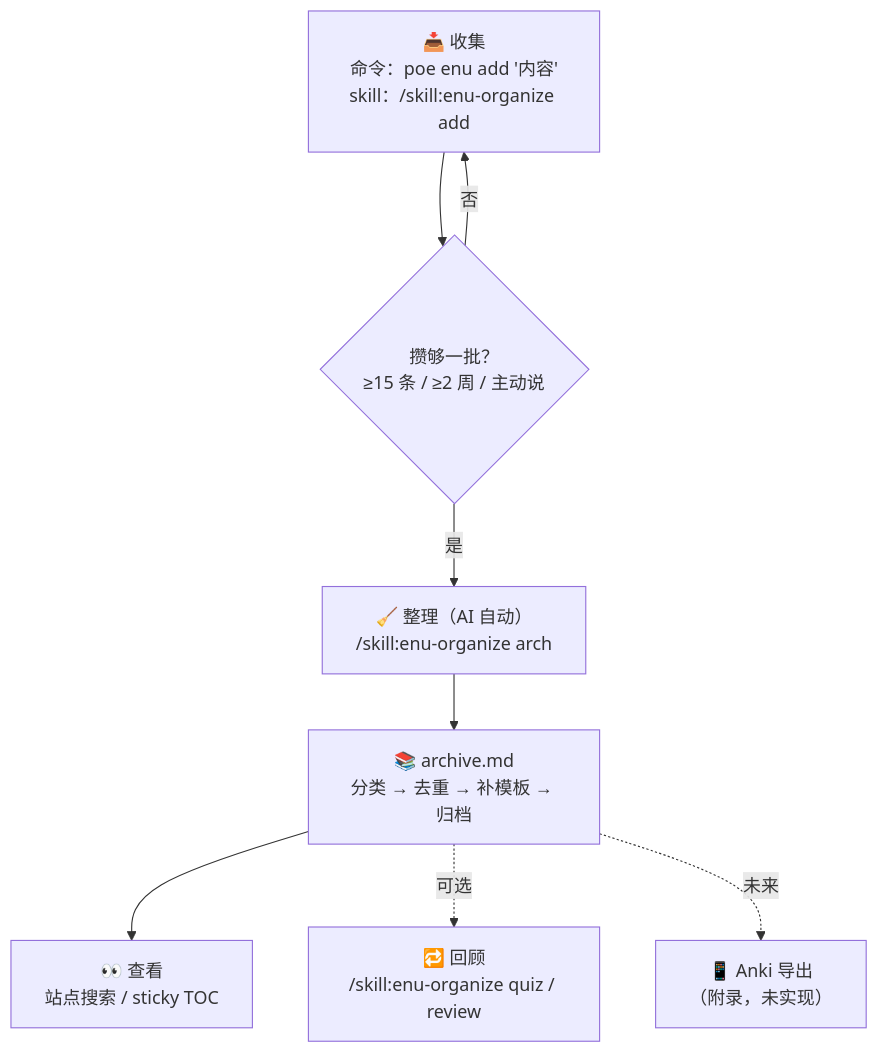
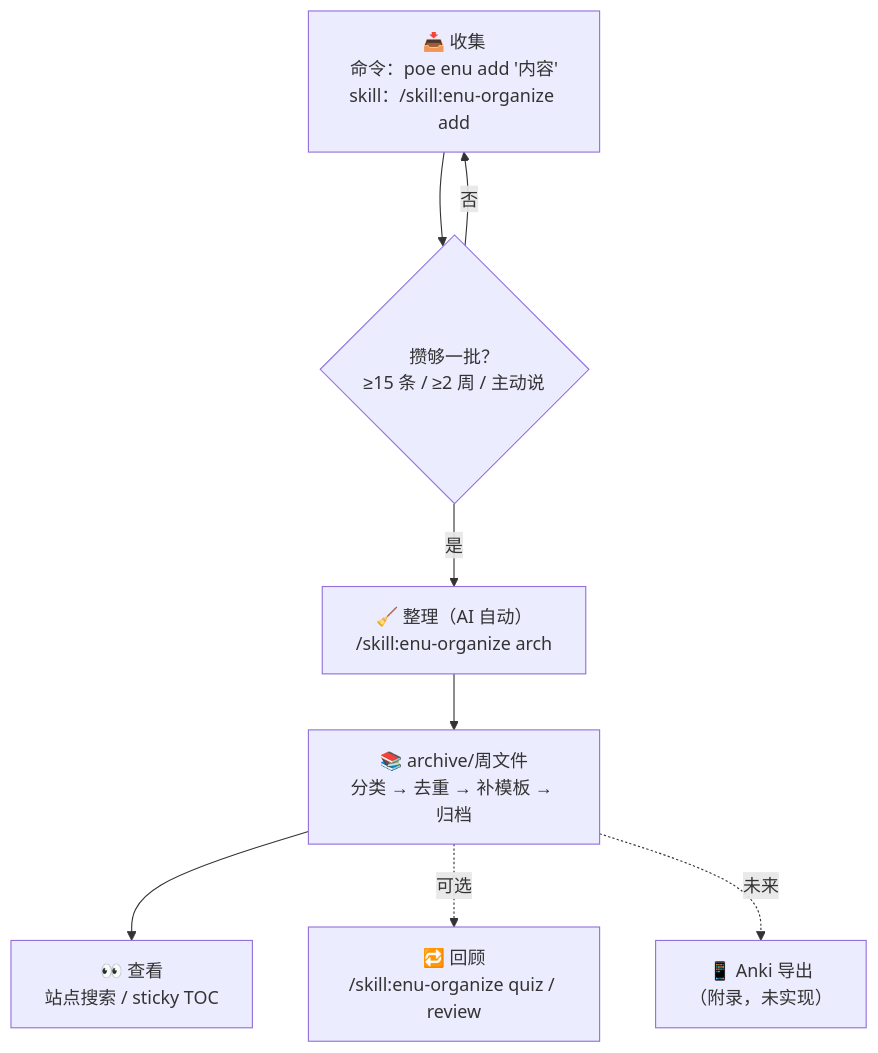
Before and after one commit to xiongjia/xiongjia.github.com: the diagram in docs/notes/research/topics/english/scraps/index.md, drawn with Mermaid. The commit also changed other lines of this file and 5 other files, not shown here.

````diff
--- a/docs/notes/research/topics/english/scraps/index.md
+++ b/docs/notes/research/topics/english/scraps/index.md
@@ -20,10 +20,10 @@
 ```mermaid
 flowchart TD
     A["📥 收集<br/>命令：poe enu add '内容'<br/>skill：/skill:enu-organize add"] --> B{"攒够一批？<br/>≥15 条 / ≥2 周 / 主动说"}
     B -- 否 --> A
     B -- 是 --> C["🧹 整理（AI 自动）<br/>/skill:enu-organize arch"]
-    C --> D["📚 archive.md<br/>分类 → 去重 → 补模板 → 归档"]
+    C --> D["📚 archive/周文件<br/>分类 → 去重 → 补模板 → 归档"]
     D --> E["👀 查看<br/>站点搜索 / sticky TOC"]
     D -. 可选 .-> F["🔁 回顾<br/>/skill:enu-organize quiz / review"]
     D -. 未来 .-> G["📱 Anki 导出<br/>（附录，未实现）"]
 ```
````
